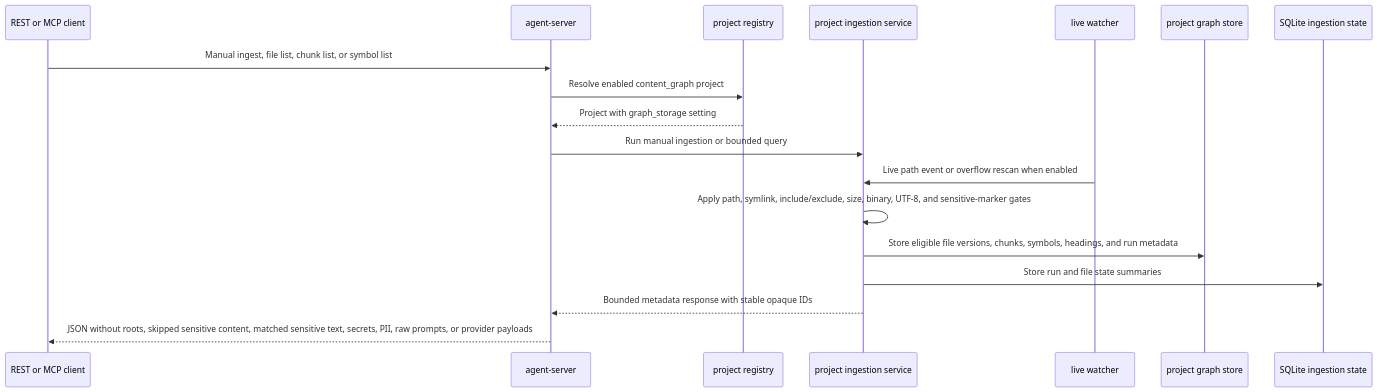
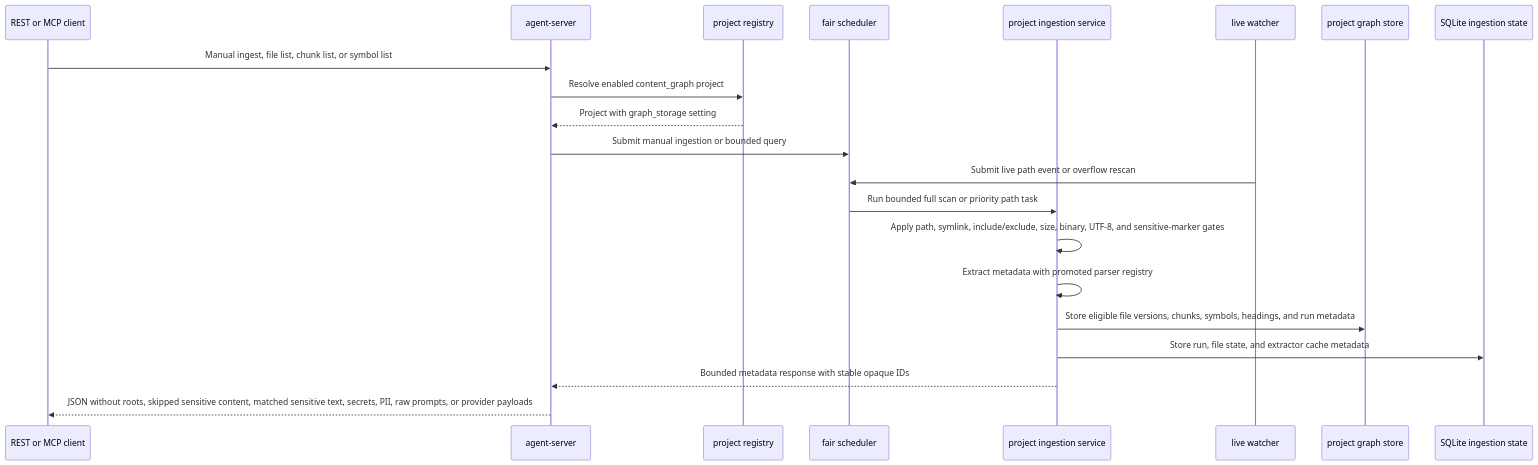
Before and after one commit to MiviaLabs/go-mivia: the fourth of 5 diagrams in docs/architecture/system-architecture.md, drawn with Mermaid. The commit also changed other lines of this file and 34 other files, not shown here.

Commit message:
feat(ingestion): promote ast extraction and fair ingestion scheduling

````diff
--- a/docs/architecture/system-architecture.md
+++ b/docs/architecture/system-architecture.md
@@ -123,21 +125,24 @@
 ```mermaid
 sequenceDiagram
   participant Client as REST or MCP client
   participant Server as agent-server
   participant Registry as project registry
+  participant Scheduler as fair scheduler
   participant Ingestion as project ingestion service
   participant Watcher as live watcher
   participant Graph as project graph store
   participant SQLite as SQLite ingestion state
 
   Client->>Server: Manual ingest, file list, chunk list, or symbol list
   Server->>Registry: Resolve enabled content_graph project
   Registry-->>Server: Project with graph_storage setting
-  Server->>Ingestion: Run manual ingestion or bounded query
-  Watcher->>Ingestion: Live path event or overflow rescan when enabled
+  Server->>Scheduler: Submit manual ingestion or bounded query
+  Watcher->>Scheduler: Submit live path event or overflow rescan
+  Scheduler->>Ingestion: Run bounded full scan or priority path task
   Ingestion->>Ingestion: Apply path, symlink, include/exclude, size, binary, UTF-8, and sensitive-marker gates
+  Ingestion->>Ingestion: Extract metadata with promoted parser registry
   Ingestion->>Graph: Store eligible file versions, chunks, symbols, headings, and run metadata
-  Ingestion->>SQLite: Store run and file state summaries
+  Ingestion->>SQLite: Store run, file state, and extractor cache metadata
   Ingestion-->>Server: Bounded metadata response with stable opaque IDs
   Server-->>Client: JSON without roots, skipped sensitive content, matched sensitive text, secrets, PII, raw prompts, or provider payloads
 ```
````
